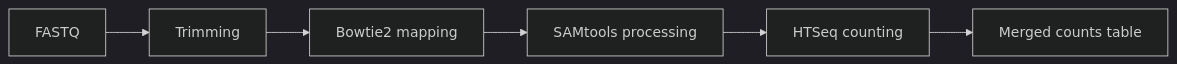
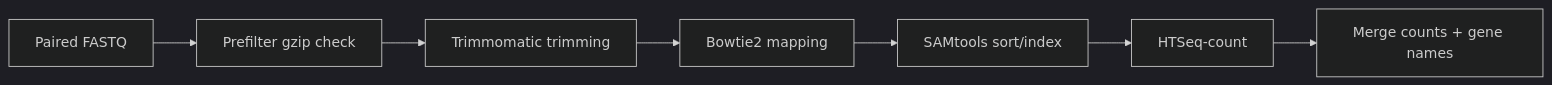
Before and after one commit to bbagy/UhlemannLab: the diagram in RNake/README.md, drawn with Mermaid (dark theme). The commit also changed other lines of this file and 24 other files, not shown here.

````diff
--- a/RNake/README.md
+++ b/RNake/README.md
@@ -13,8 +17,9 @@
 ```mermaid
 flowchart LR
-  A[FASTQ] --> B[Trimming]
-  B --> C[Bowtie2 mapping]
-  C --> D[SAMtools processing]
-  D --> E[HTSeq counting]
-  E --> F[Merged counts table]
+  A[Paired FASTQ] --> B[Prefilter gzip check]
+  B --> C[Trimmomatic trimming]
+  C --> D[Bowtie2 mapping]
+  D --> E[SAMtools sort/index]
+  E --> F[HTSeq-count]
+  F --> G[Merge counts + gene names]
 ```
````
